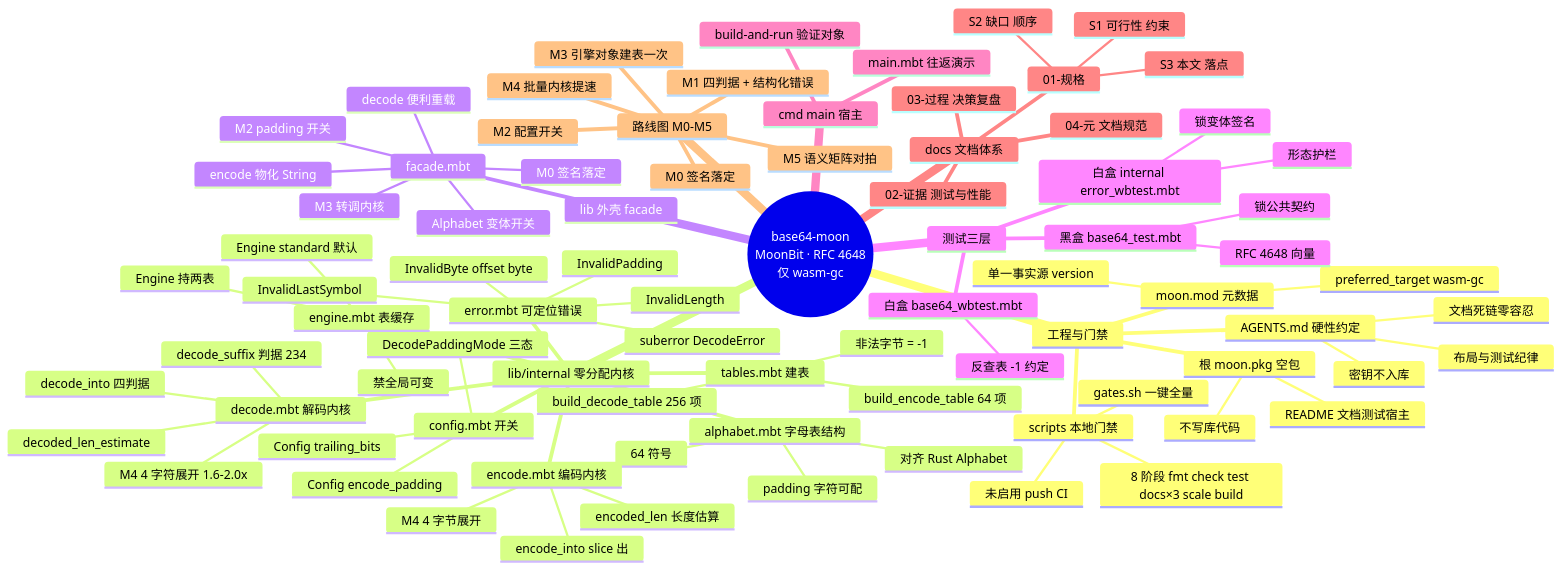
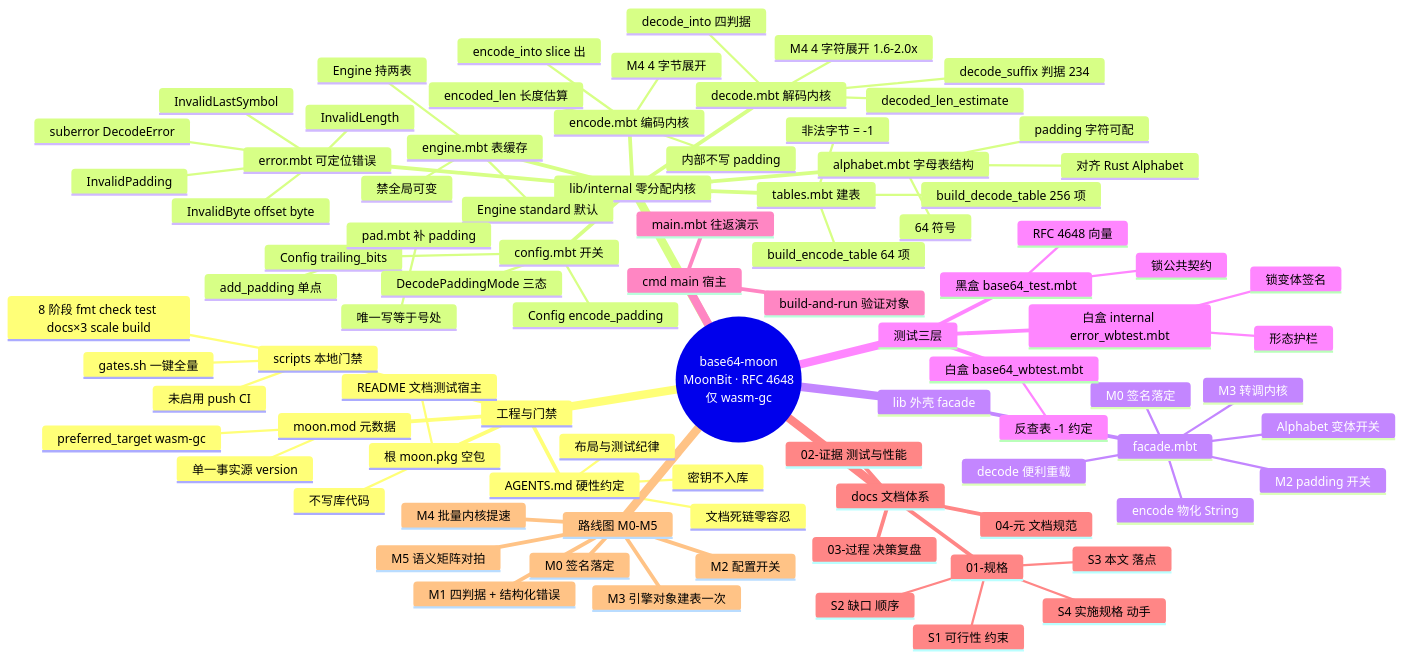
Before and after one commit to TryAndRun-TvT/base64-moon: the diagram in docs/01-规格/S3-架构分层与子包职责.md, drawn with Mermaid. The commit also changed other lines of this file and 6 other files, not shown here.

```diff
--- a/docs/01-规格/S3-架构分层与子包职责.md
+++ b/docs/01-规格/S3-架构分层与子包职责.md
@@ -174,7 +181,11 @@
       encode.mbt 编码内核
         encoded_len 长度估算
         encode_into slice 出
+        内部不写 padding
         M4 4 字节展开
+      pad.mbt 补 padding
+        add_padding 单点
+        唯一写等于号处
       decode.mbt 解码内核
         decoded_len_estimate
         decode_into 四判据
@@ -205,6 +216,7 @@
         S1 可行性 约束
         S2 缺口 顺序
         S3 本文 落点
+        S4 实施规格 动手
       02-证据 测试与性能
       03-过程 决策复盘
       04-元 文档规范
```
